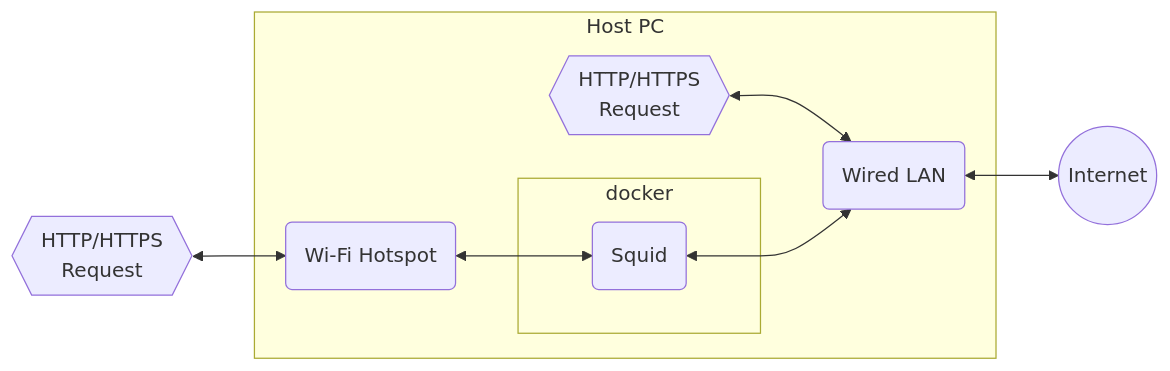
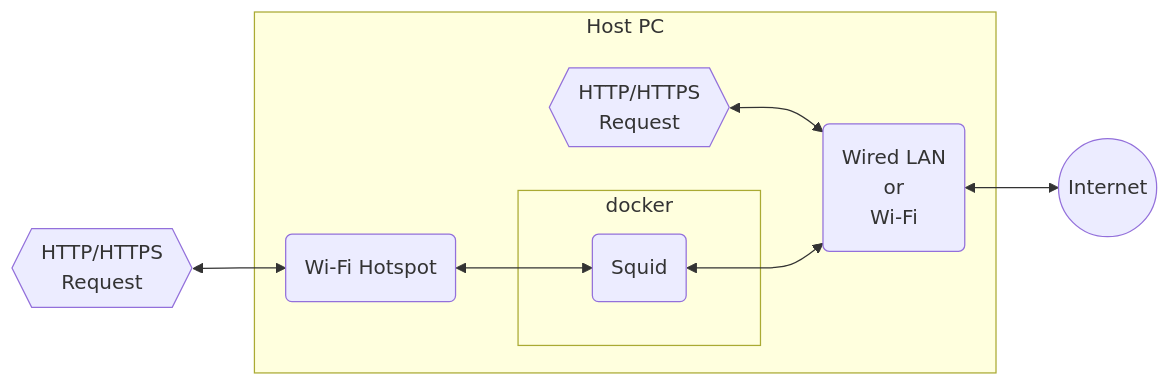
The diagram in README.md (ec22s/docker-squid-sslbump), drawn with Mermaid before and after one commit.

````diff
--- a/README.md
+++ b/README.md
@@ -24,14 +24,14 @@
   ```mermaid
   flowchart LR
       r1{{HTTP/HTTPS<br>Request}} <--> w1(Wi-Fi Hotspot)
       subgraph Host PC
           w1
           subgraph docker
               s(Squid)
           end
-          r2{{HTTP/HTTPS<br>Request}} <--> w2(Wired LAN)
+          r2{{HTTP/HTTPS<br>Request}} <--> w2(Wired LAN<br>or<br>Wi-Fi)
       end
       w1 <--> s
       s <--> w2
       w2 <--> i((Internet))
   ```
````
